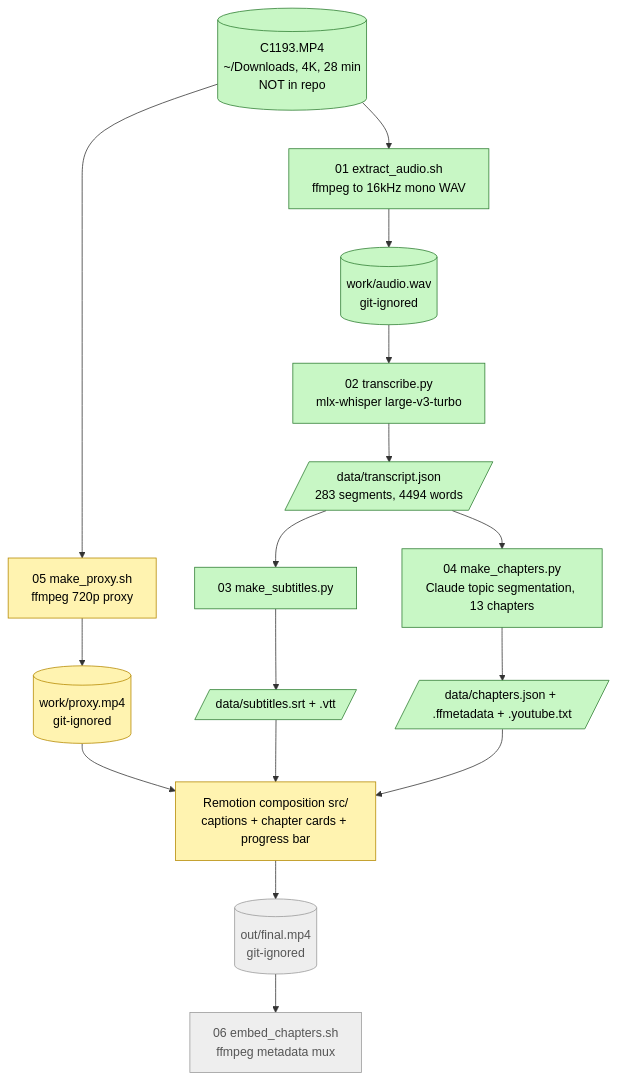
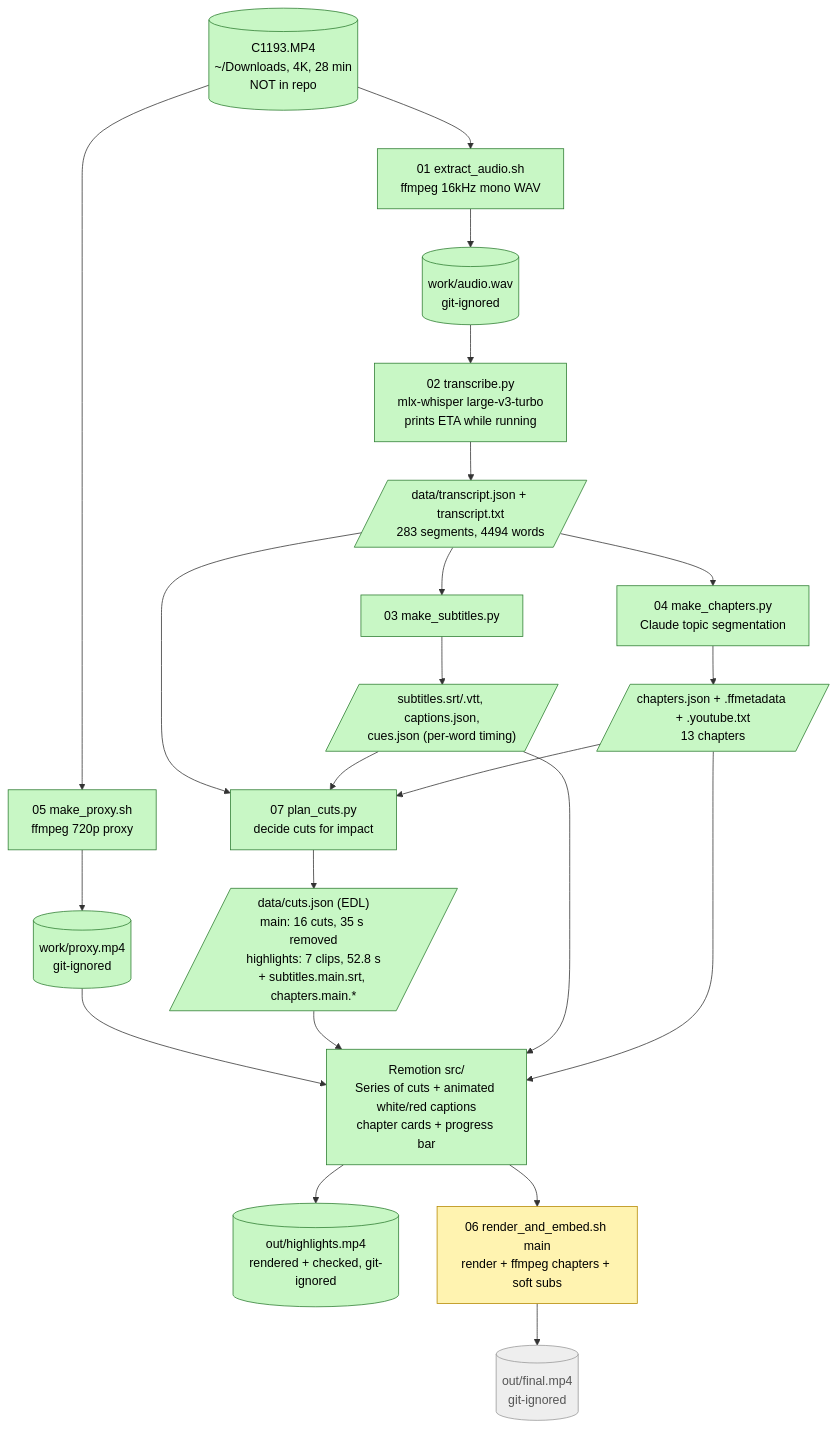
The diagram in README.md (rifaterdemsahin/2026-W46_Delivery_Pilot_Interview), drawn with Mermaid before and after one commit. The commit also changed other lines of this file and 18 other files, not shown here.

Commit message:
Add cut planner (EDL), Remotion edit timeline, animated white/red captions; update README flow and decisions

````diff
--- a/README.md
+++ b/README.md
@@ -11,30 +13,39 @@
 ```mermaid
 flowchart TD
     SRC[("C1193.MP4<br/>~/Downloads, 4K, 28 min<br/>NOT in repo")]:::done
-    S1["01 extract_audio.sh<br/>ffmpeg to 16kHz mono WAV"]:::done
+    S1["01 extract_audio.sh<br/>ffmpeg 16kHz mono WAV"]:::done
     WAV[("work/audio.wav<br/>git-ignored")]:::done
-    S2["02 transcribe.py<br/>mlx-whisper large-v3-turbo"]:::done
-    TJ[/"data/transcript.json<br/>283 segments, 4494 words"/]:::done
+    S2["02 transcribe.py<br/>mlx-whisper large-v3-turbo<br/>prints ETA while running"]:::done
+    TJ[/"data/transcript.json + transcript.txt<br/>283 segments, 4494 words"/]:::done
     S3["03 make_subtitles.py"]:::done
-    SUB[/"data/subtitles.srt + .vtt"/]:::done
-    S4["04 make_chapters.py<br/>Claude topic segmentation, 13 chapters"]:::done
-    CH[/"data/chapters.json + .ffmetadata + .youtube.txt"/]:::done
-    S5["05 make_proxy.sh<br/>ffmpeg 720p proxy"]:::wip
-    PX[("work/proxy.mp4<br/>git-ignored")]:::wip
-    RM["Remotion composition src/<br/>captions + chapter cards + progress bar"]:::wip
+    SUB[/"subtitles.srt/.vtt, captions.json,<br/>cues.json (per-word timing)"/]:::done
+    S4["04 make_chapters.py<br/>Claude topic segmentation"]:::done
+    CH[/"chapters.json + .ffmetadata + .youtube.txt<br/>13 chapters"/]:::done
+    S7["07 plan_cuts.py<br/>decide cuts for impact"]:::done
+    EDL[/"data/cuts.json (EDL)<br/>main: 16 cuts, 35 s removed<br/>highlights: 7 clips, 52.8 s<br/>+ subtitles.main.srt, chapters.main.*"/]:::done
+    S5["05 make_proxy.sh<br/>ffmpeg 720p proxy"]:::done
+    PX[("work/proxy.mp4<br/>git-ignored")]:::done
+    RM["Remotion src/<br/>Series of cuts + animated white/red captions<br/>chapter cards + progress bar"]:::done
+    HL[("out/highlights.mp4<br/>rendered + checked, git-ignored")]:::done
+    S6["06 render_and_embed.sh main<br/>render + ffmpeg chapters + soft subs"]:::wip
     OUT[("out/final.mp4<br/>git-ignored")]:::todo
-    S8["06 embed_chapters.sh<br/>ffmpeg metadata mux"]:::todo
 
     SRC --> S1 --> WAV --> S2 --> TJ
     TJ --> S3 --> SUB
     TJ --> S4 --> CH
+    TJ --> S7
+    SUB --> S7
+    CH --> S7
+    S7 --> EDL
     SRC --> S5 --> PX
     PX --> RM
+    EDL --> RM
     SUB --> RM
     CH --> RM
-    RM --> OUT --> S8
+    RM --> HL
+    RM --> S6 --> OUT
 
     classDef done fill:#c8f7c5,stroke:#2e7d32,color:#000
     classDef wip fill:#fff3b0,stroke:#b58900,color:#000
     classDef todo fill:#eee,stroke:#999,color:#555
 ```
````
